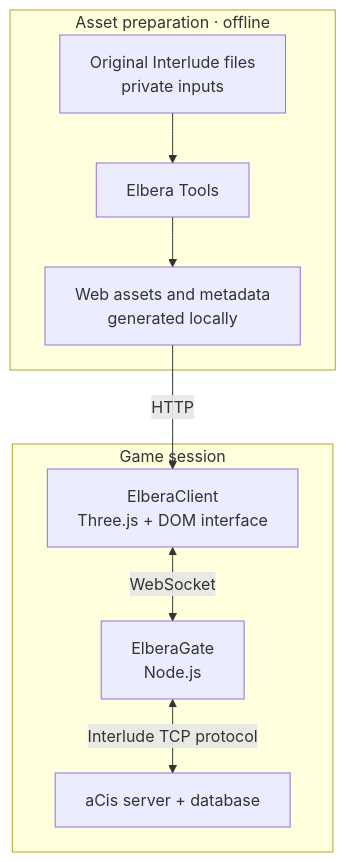
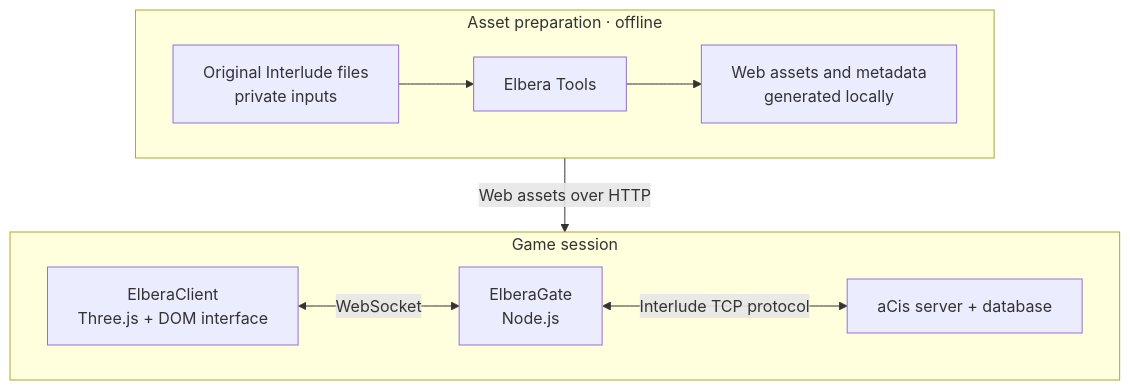
One commit to elberacasa/Lineage2Elbera changed the diagram in README.md. Above: the diagram before and after it, drawn with Mermaid.

Commit message:
docs: compact the architecture diagram for GitHub

````diff
--- a/README.md
+++ b/README.md
@@ -131,15 +131,17 @@
 ```mermaid
 flowchart TB
     subgraph Build["Asset preparation · offline"]
+        direction LR
         Original["Original Interlude files<br/>private inputs"] --> Tools["Elbera Tools"]
         Tools --> Assets["Web assets and metadata<br/>generated locally"]
     end
     subgraph Play["Game session"]
+        direction LR
         Client["ElberaClient<br/>Three.js + DOM interface"]
         Gateway["ElberaGate<br/>Node.js"]
         Server["aCis server + database"]
         Client <-->|WebSocket| Gateway
         Gateway <-->|Interlude TCP protocol| Server
     end
-    Assets -->|HTTP| Client
+    Build -->|Web assets over HTTP| Play
 ```
````
